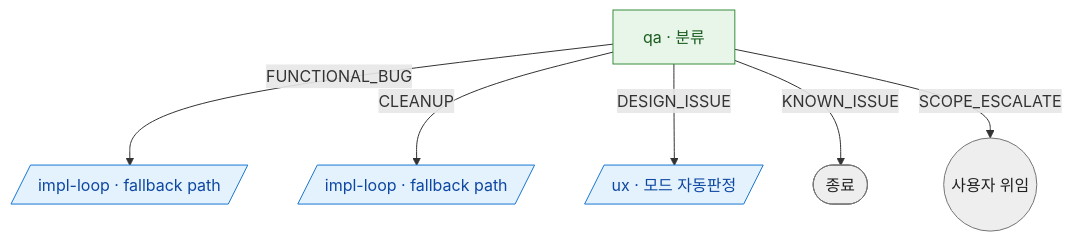
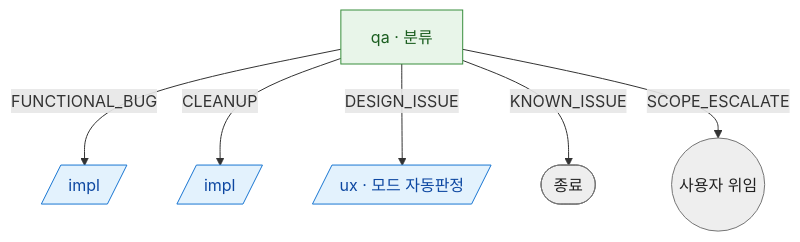
The diagram in skills/issue-report/issue-report-routing.md (Daeguk-Sun/dcNess), drawn with Mermaid before and after one commit. The commit also changed other lines of this file and 31 other files, not shown here.

````diff
--- a/skills/issue-report/issue-report-routing.md
+++ b/skills/issue-report/issue-report-routing.md
@@ -13,15 +13,15 @@
 ```mermaid
 flowchart TB
-  QA[qa · 분류] -->|FUNCTIONAL_BUG| IL1[/impl-loop · fallback path/]
-  QA -->|CLEANUP| IL2[/impl-loop · fallback path/]
+  QA[qa · 분류] -->|FUNCTIONAL_BUG| SH1[/impl/]
+  QA -->|CLEANUP| SH2[/impl/]
   QA -->|DESIGN_ISSUE| UX[/ux · 모드 자동판정/]
   QA -->|KNOWN_ISSUE| END([종료])
   QA -->|SCOPE_ESCALATE| U((사용자 위임))
 
   classDef verify fill:#e8f5e9,stroke:#388e3c,color:#1b5e20
   classDef next fill:#e3f2fd,stroke:#1976d2,color:#0d47a1
   classDef user fill:#eeeeee,stroke:#757575,color:#212121
   class QA verify
-  class IL1,IL2,UX next
+  class SH1,SH2,UX next
   class U,END user
 ```
````
